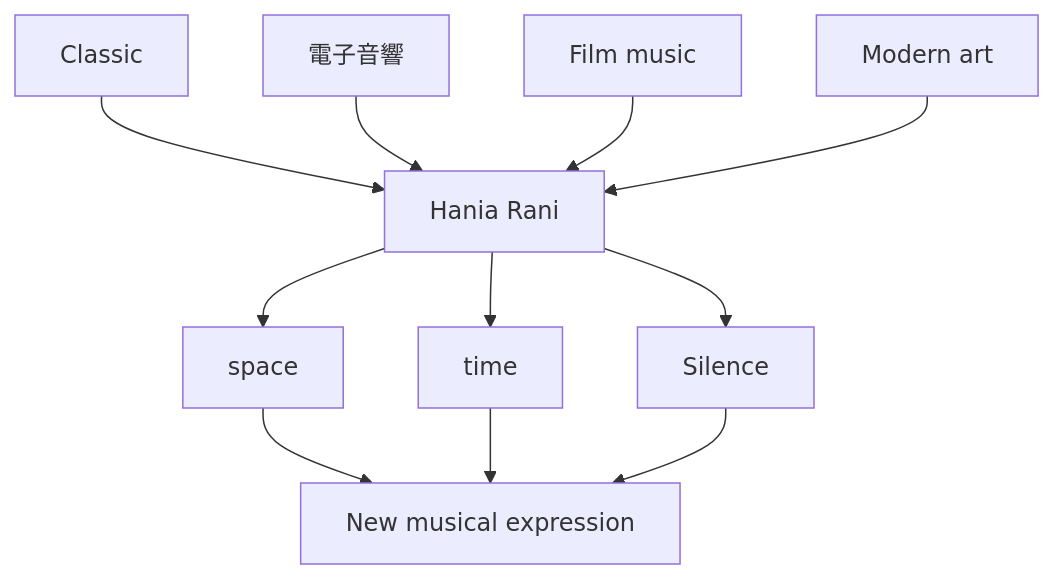
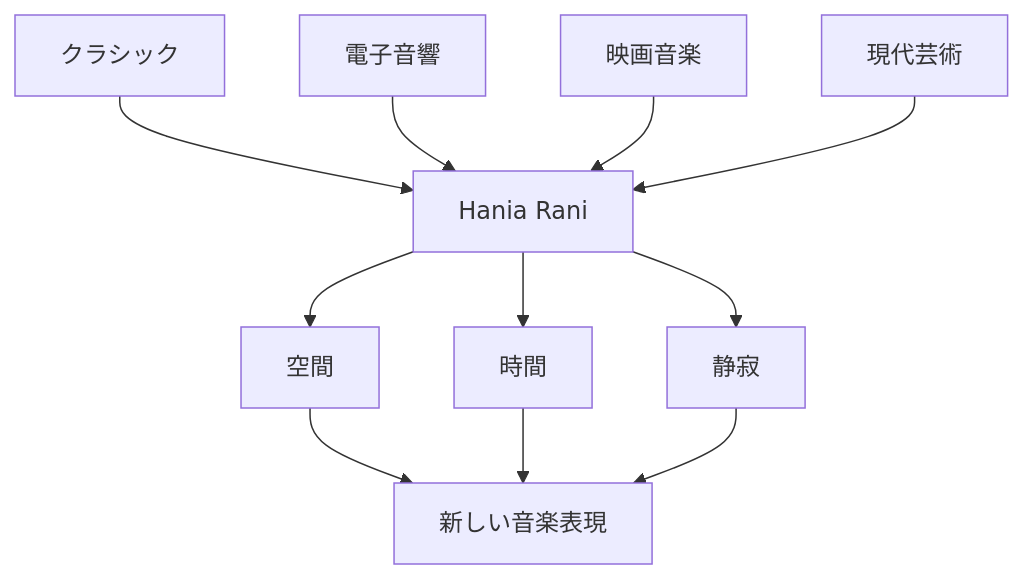
Diagram 11 of 13 in en/_posts/2026-08-05-column-hania-rani.md (monumental-movement/monumental-movement.github.io), drawn with Mermaid before and after one commit. The commit also changed other lines of this file and 2196 other files, not shown here.

```diff
--- a/en/_posts/2026-08-05-column-hania-rani.md
+++ b/en/_posts/2026-08-05-column-hania-rani.md
@@ -1560,17 +1560,17 @@
 <div class="mermaid">
 graph TD
 
-A["Classic"] --> E["Hania Rani"]
+A["クラシック"] --> E["Hania Rani"]
 B["電子音響"] --> E
-C["Film music"] --> E
-D["Modern art"] --> E
+C["映画音楽"] --> E
+D["現代芸術"] --> E
 
-E --> F["space"]
-E --> G["time"]
-E --> H["Silence"]
+E --> F["空間"]
+E --> G["時間"]
+E --> H["静寂"]
 
-F --> I["New musical expression"]
+F --> I["新しい音楽表現"]
 G --> I
 H --> I
 
 </div>
```
